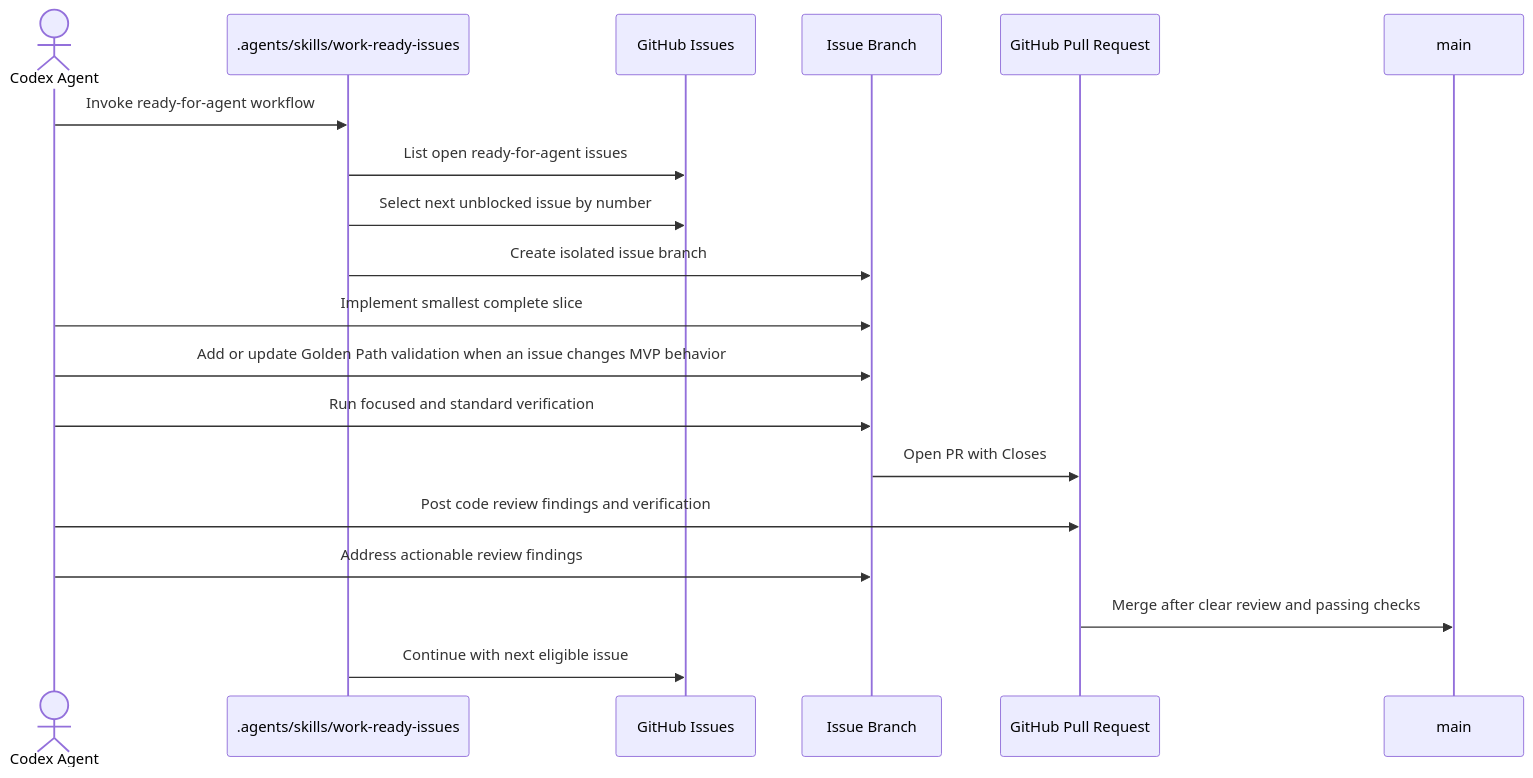
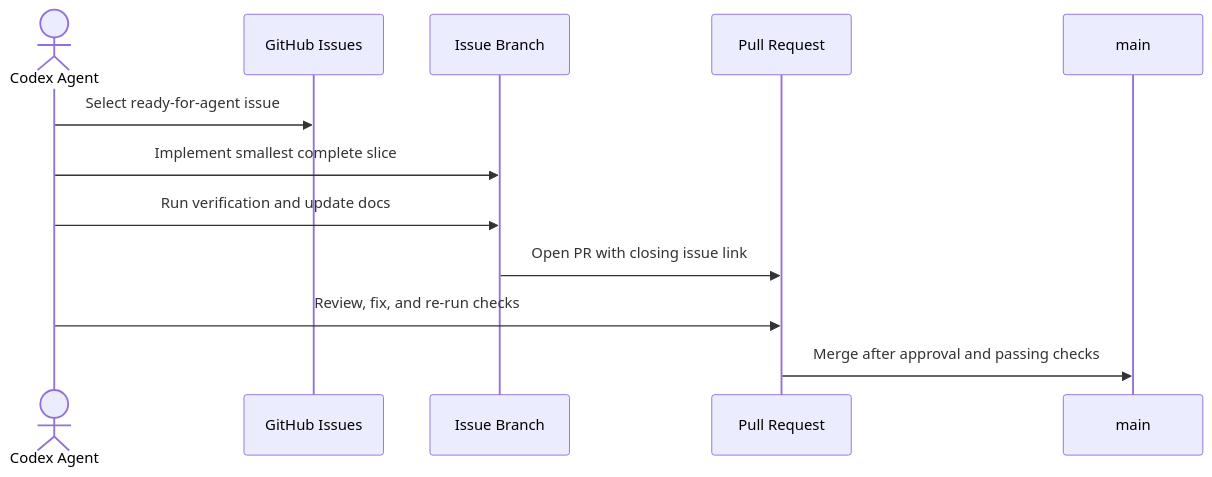
One commit to ryenski/Ledgerly-MVP changed the fourth of 4 diagrams in docs/architecture.md. Above: the diagram before and after it, drawn with Mermaid. The commit also changed other lines of this file, not shown here.

Commit message:
Simplify architecture diagrams

````diff
--- a/docs/architecture.md
+++ b/docs/architecture.md
@@ -314,22 +109,15 @@
 ```mermaid
 sequenceDiagram
   actor Agent as Codex Agent
-  participant Skill as .agents/skills/work-ready-issues
   participant Issues as GitHub Issues
   participant Branch as Issue Branch
-  participant PR as GitHub Pull Request
+  participant PR as Pull Request
   participant Main as main
 
-  Agent->>Skill: Invoke ready-for-agent workflow
-  Skill->>Issues: List open ready-for-agent issues
-  Skill->>Issues: Select next unblocked issue by number
-  Skill->>Branch: Create isolated issue branch
+  Agent->>Issues: Select ready-for-agent issue
   Agent->>Branch: Implement smallest complete slice
-  Agent->>Branch: Add or update Golden Path validation when an issue changes MVP behavior
-  Agent->>Branch: Run focused and standard verification
-  Branch->>PR: Open PR with Closes #issue
-  Agent->>PR: Post code review findings and verification
-  Agent->>Branch: Address actionable review findings
-  PR->>Main: Merge after clear review and passing checks
-  Skill->>Issues: Continue with next eligible issue
+  Agent->>Branch: Run verification and update docs
+  Branch->>PR: Open PR with closing issue link
+  Agent->>PR: Review, fix, and re-run checks
+  PR->>Main: Merge after approval and passing checks
 ```
````
